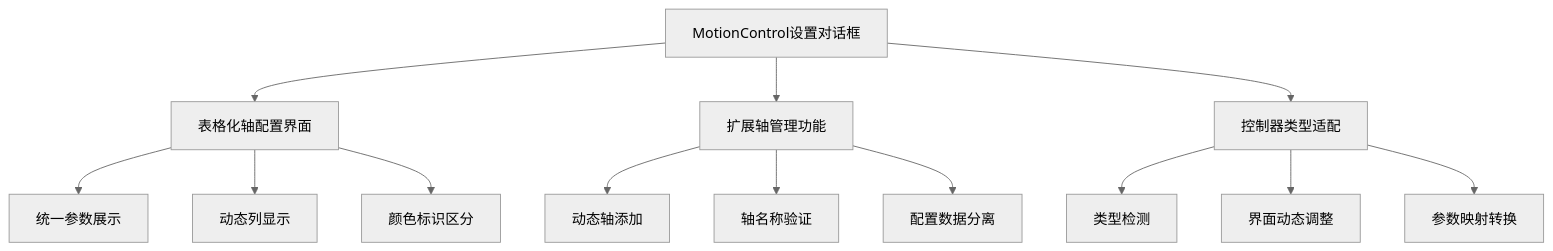
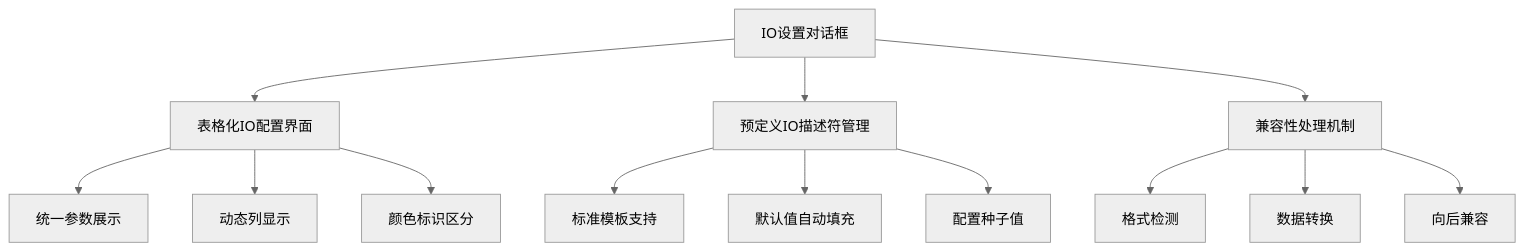
One commit to super1wang/LaserCNCv1.0 changed the seventh of 8 diagrams in .qoder/repowiki/zh/content/项目概述/模块设计/Process模块设计/Process模块设置对话框健壮性增强.md. Above: the diagram before and after it, drawn with Mermaid (neutral theme). The commit also changed other lines of this file and 45 other files, not shown here.

````diff
--- a/.qoder/repowiki/zh/content/项目概述/模块设计/Process模块设计/Process模块设置对话框健壮性增强.md
+++ b/.qoder/repowiki/zh/content/项目概述/模块设计/Process模块设计/Process模块设置对话框健壮性增强.md
@@ -348,15 +396,15 @@
 ```mermaid
 flowchart TD
-A[MotionControl设置对话框] --> B[表格化轴配置界面]
-A --> C[扩展轴管理功能]
-A --> D[控制器类型适配]
+A[IO设置对话框] --> B[表格化IO配置界面]
+A --> C[预定义IO描述符管理]
+A --> D[兼容性处理机制]
 B --> B1[统一参数展示]
 B --> B2[动态列显示]
 B --> B3[颜色标识区分]
-C --> C1[动态轴添加]
-C --> C2[轴名称验证]
-C --> C3[配置数据分离]
-D --> D1[类型检测]
-D --> D2[界面动态调整]
-D --> D3[参数映射转换]
+C --> C1[标准模板支持]
+C --> C2[默认值自动填充]
+C --> C3[配置种子值]
+D --> D1[格式检测]
+D --> D2[数据转换]
+D --> D3[向后兼容]
 ```
````
